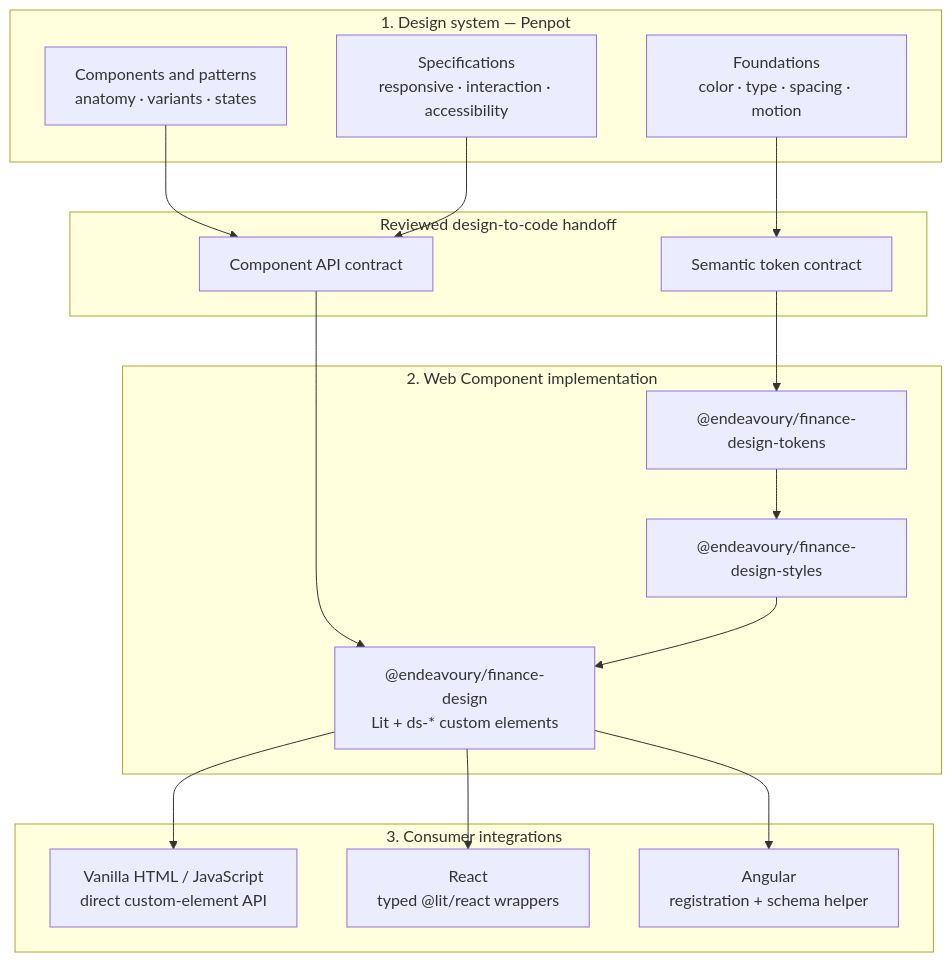
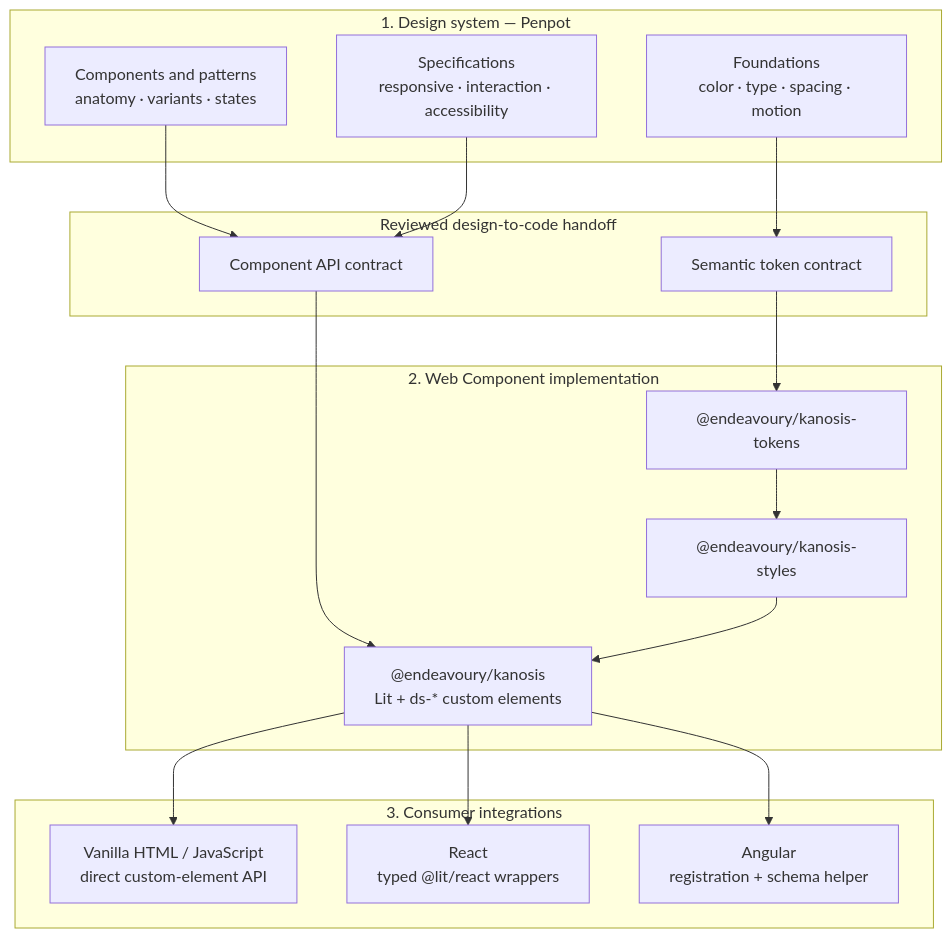
One commit to Endeavoury/Finance-DesignSystem changed the first of 3 diagrams in docs/architecture.md. Above: the diagram before and after it, drawn with Mermaid. The commit also changed other lines of this file and 61 other files, not shown here.

````diff
--- a/docs/architecture.md
+++ b/docs/architecture.md
@@ -17,35 +17,35 @@
 ```mermaid
 flowchart TB
   subgraph L1["1. Design system — Penpot"]
     foundations["Foundations\ncolor · type · spacing · motion"]
     penpotComponents["Components and patterns\nanatomy · variants · states"]
     specifications["Specifications\nresponsive · interaction · accessibility"]
   end
 
   subgraph H["Reviewed design-to-code handoff"]
     tokenContract["Semantic token contract"]
     componentContract["Component API contract"]
   end
 
   subgraph L2["2. Web Component implementation"]
-    tokens["@endeavoury/finance-design-tokens"]
-    styles["@endeavoury/finance-design-styles"]
-    elements["@endeavoury/finance-design\nLit + ds-* custom elements"]
+    tokens["@endeavoury/kanosis-tokens"]
+    styles["@endeavoury/kanosis-styles"]
+    elements["@endeavoury/kanosis\nLit + ds-* custom elements"]
   end
 
   subgraph L3["3. Consumer integrations"]
     vanilla["Vanilla HTML / JavaScript\ndirect custom-element API"]
     react["React\ntyped @lit/react wrappers"]
     angular["Angular\nregistration + schema helper"]
   end
 
   foundations --> tokenContract
   penpotComponents --> componentContract
   specifications --> componentContract
   tokenContract --> tokens
   componentContract --> elements
   tokens --> styles --> elements
   elements --> vanilla
   elements --> react
   elements --> angular
 ```
````
